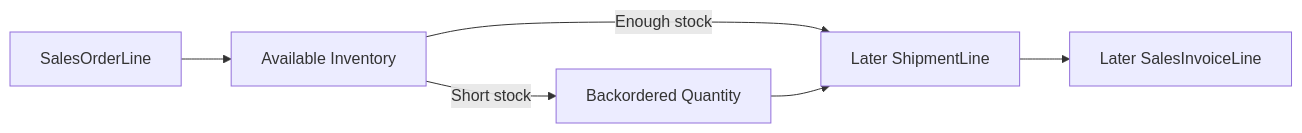
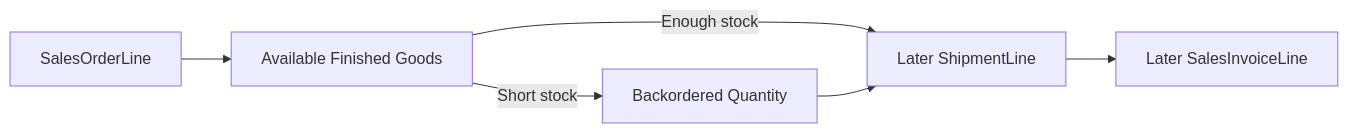
Before and after one commit to mmcodesso/greenfield_database: the fifth of 5 diagrams in docs/processes/o2c.md, drawn with Mermaid. The commit also changed other lines of this file, not shown here.

````diff
--- a/docs/processes/o2c.md
+++ b/docs/processes/o2c.md
@@ -102,12 +193,12 @@
 ```mermaid
 flowchart LR
-    SO[SalesOrderLine]
-    AV[Available Inventory]
+    SOL[SalesOrderLine]
+    FG[Available Finished Goods]
     BO[Backordered Quantity]
-    SH[Later ShipmentLine]
-    SI[Later SalesInvoiceLine]
+    SHL[Later ShipmentLine]
+    SIL[Later SalesInvoiceLine]
 
-    SO --> AV
-    AV -->|Enough stock| SH --> SI
-    AV -->|Short stock| BO --> SH
+    SOL --> FG
+    FG -->|Enough stock| SHL --> SIL
+    FG -->|Short stock| BO --> SHL
 ```
````
